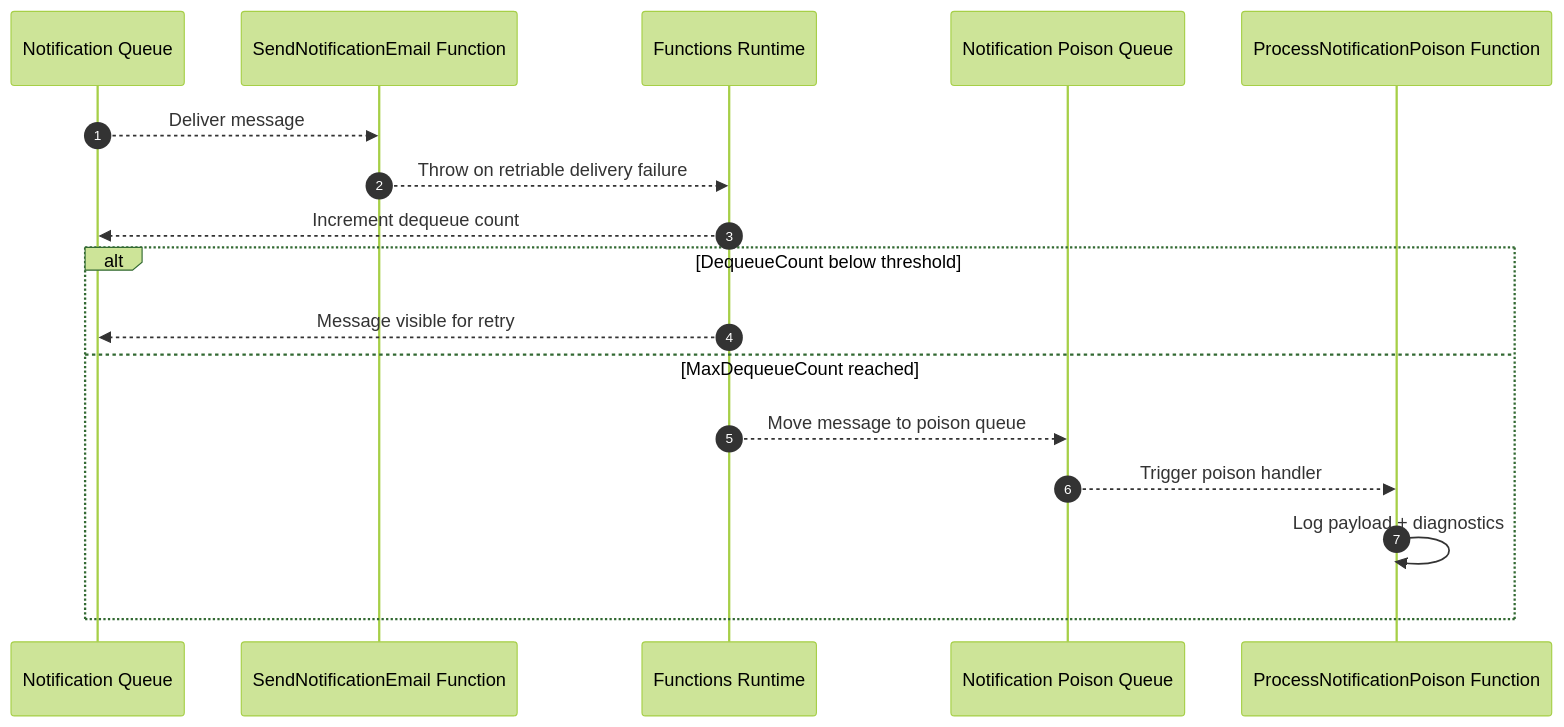
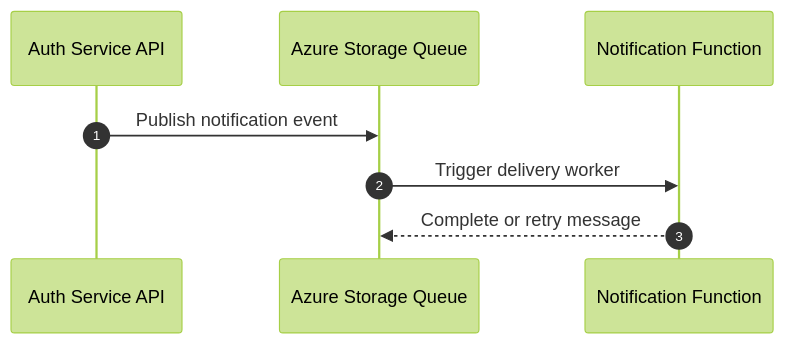
Before and after one commit to haudtech/vehicle-service-booking: the fifth of 5 diagrams in docs/ARCHITECTURE/AUTH_SEQUENTIAL_FLOW_VIEW.md, drawn with Mermaid (forest theme). The commit also changed other lines of this file and 18 other files, not shown here.

````diff
--- a/docs/ARCHITECTURE/AUTH_SEQUENTIAL_FLOW_VIEW.md
+++ b/docs/ARCHITECTURE/AUTH_SEQUENTIAL_FLOW_VIEW.md
@@ -189,21 +107,11 @@
 ```mermaid
 sequenceDiagram
     autonumber
-    participant Queue as Notification Queue
-    participant Func as SendNotificationEmail Function
-    participant Runtime as Functions Runtime
-    participant Poison as Notification Poison Queue
-    participant PoisonFunc as ProcessNotificationPoison Function
+    participant AuthAPI as Auth Service API
+    participant Queue as Azure Storage Queue
+    participant Func as Notification Function
 
-    Queue-->>Func: Deliver message
-    Func-->>Runtime: Throw on retriable delivery failure
-    Runtime-->>Queue: Increment dequeue count
-
-    alt DequeueCount below threshold
-        Runtime-->>Queue: Message visible for retry
-    else MaxDequeueCount reached
-        Runtime-->>Poison: Move message to poison queue
-        Poison-->>PoisonFunc: Trigger poison handler
-        PoisonFunc->>PoisonFunc: Log payload + diagnostics
-    end
+    AuthAPI->>Queue: Publish notification event
+    Queue->>Func: Trigger delivery worker
+    Func-->>Queue: Complete or retry message
 ```
````
